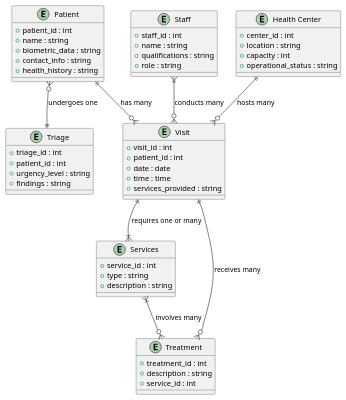
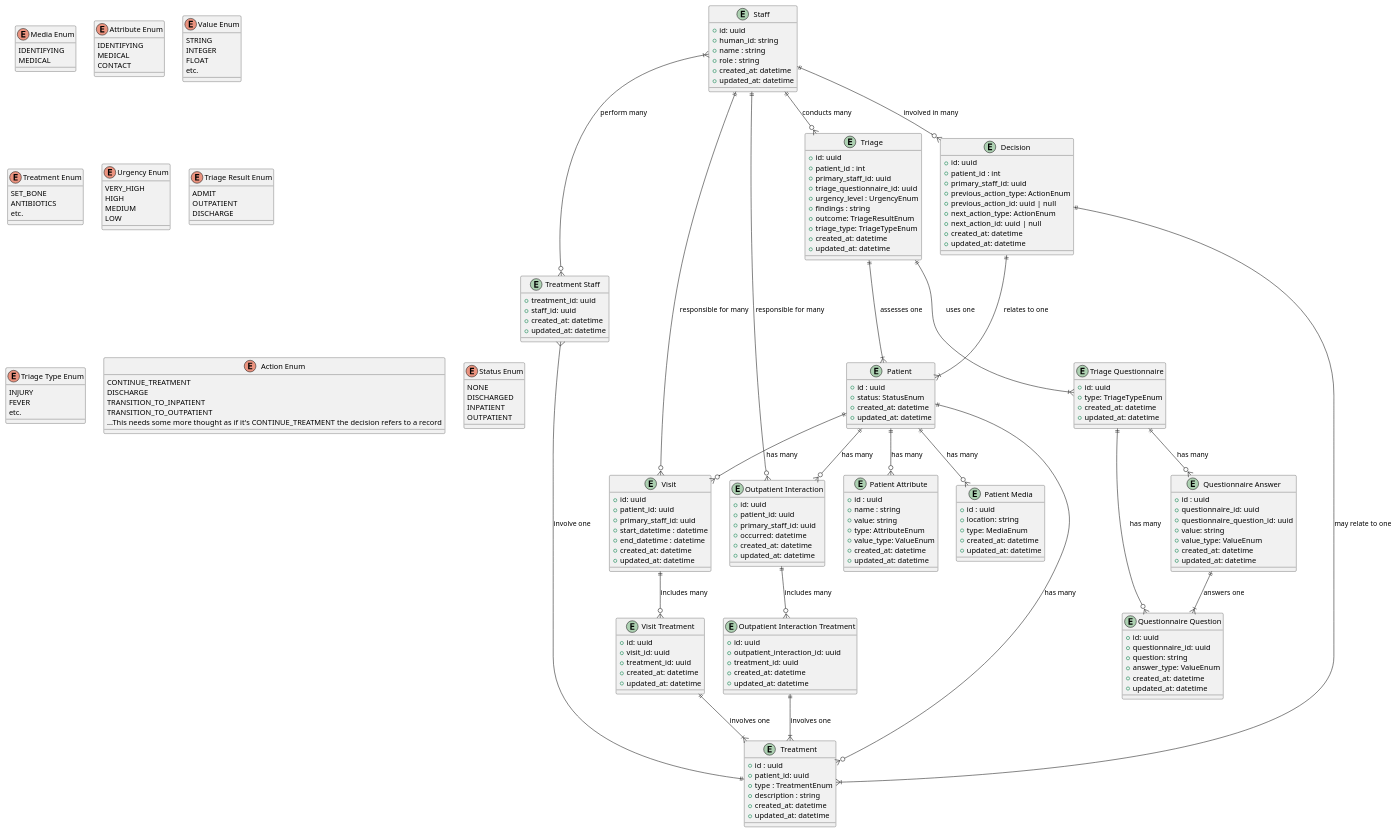
Before and after one commit to jcbashdown/case-study: the diagram in puml/data-entities.puml, drawn with PlantUML. The commit also changed 1 other file, not shown here.

Commit message:
Reasonably nice ERD

```diff
--- a/puml/data-entities.puml
+++ b/puml/data-entities.puml
@@ -1,59 +1,203 @@
 @startuml
-entity "Patient" as Patient {
-    + patient_id : int
-    + name : string
-    + biometric_data : string
-    + contact_info : string
-    + health_history : string
+enum "Media Enum" as MediaEnum {
+  IDENTIFYING
+  MEDICAL
+}
+enum "Attribute Enum" as AttributeEnum {
+  IDENTIFYING
+  MEDICAL
+  CONTACT 
+}
+enum "Value Enum" as ValueEnum {
+  STRING
+  INTEGER
+  FLOAT
+  etc.
+}
+enum "Treatment Enum" as TreatmentEnum {
+  SET_BONE
+  ANTIBIOTICS
+  etc.
+}
+enum "Urgency Enum" as UrgencyEnum {
+  VERY_HIGH
+  HIGH
+  MEDIUM
+  LOW
+}
+enum "Triage Result Enum" as TriageResultEnum {
+  ADMIT
+  OUTPATIENT
+  DISCHARGE
+}
+enum "Triage Type Enum" as TriageTypeEnum {
+  INJURY
+  FEVER
+  etc.
+}
+enum "Action Enum" as ActionEnum {
+  CONTINUE_TREATMENT
+  DISCHARGE
+  TRANSITION_TO_INPATIENT 
+  TRANSITION_TO_OUTPATIENT
+  ...This needs some more thought as if it's CONTINUE_TREATMENT the decision refers to a record
+}
+enum "Status Enum" as StatusEnum {
+  NONE
+  DISCHARGED
+  INPATIENT
+  OUTPATIENT
 }
 
-entity "Services" as Services {
-    + service_id : int
-    + type : string
+entity "Patient" as Patient {
+    + id : uuid
+    + status: StatusEnum
+    + created_at: datetime 
+    + updated_at: datetime 
+}
+entity "Patient Attribute" as PatientAttribute {
+    + id : uuid
+    + name : string
+    + value: string
+    + type: AttributeEnum 
+    + value_type: ValueEnum 
+    + created_at: datetime 
+    + updated_at: datetime 
+}
+entity "Patient Media" as PatientMedia {
+    + id : uuid
+    + location: string
+    + type: MediaEnum
+    + created_at: datetime 
+    + updated_at: datetime 
+}
+
+entity "Treatment" as Treatment{
+    + id : uuid 
+    + patient_id: uuid 
+    + type : TreatmentEnum 
     + description : string
+    + created_at: datetime 
+    + updated_at: datetime 
+}
+entity "Treatment Staff" as TreatmentStaff {
+    + treatment_id: uuid 
+    + staff_id: uuid 
+    + created_at: datetime 
+    + updated_at: datetime 
 }
 
 entity "Staff" as Staff {
-    + staff_id : int
+    + id: uuid
+    + human_id: string 
     + name : string
-    + qualifications : string
     + role : string
-}
-
-entity "Health Center" as HealthCenter {
-    + center_id : int
-    + location : string
-    + capacity : int
-    + operational_status : string
+    + created_at: datetime 
+    + updated_at: datetime 
 }
 
 entity "Visit" as Visit {
-    + visit_id : int
+    + id: uuid
+    + patient_id: uuid
+    + primary_staff_id: uuid 
+    + start_datetime : datetime
+    + end_datetime : datetime
+    + created_at: datetime 
+    + updated_at: datetime 
+}
+entity "Visit Treatment" as VisitTreatment {
+    + id: uuid
+    + visit_id: uuid
+    + treatment_id: uuid
+    + created_at: datetime 
+    + updated_at: datetime 
+}
+entity "Outpatient Interaction" as OutpatientInteraction {
+    + id: uuid
+    + patient_id: uuid
+    + primary_staff_id: uuid 
+    + occurred: datetime
+    + created_at: datetime 
+    + updated_at: datetime 
+}
+entity "Outpatient Interaction Treatment" as OutpatientInteractionTreatment {
+    + id: uuid
+    + outpatient_interaction_id: uuid
+    + treatment_id: uuid
+    + created_at: datetime 
+    + updated_at: datetime 
+}
+entity "Triage" as Triage {
+    + id: uuid 
     + patient_id : int
-    + date : date
-    + time : time
-    + services_provided : string
+    + primary_staff_id: uuid 
+    + triage_questionnaire_id: uuid 
+    + urgency_level : UrgencyEnum 
+    + findings : string
+    + outcome: TriageResultEnum 
+    + triage_type: TriageTypeEnum 
+    + created_at: datetime 
+    + updated_at: datetime 
+}
+entity "Triage Questionnaire" as TriageQuestionnaire {
+    + id: uuid 
+    + type: TriageTypeEnum 
+    + created_at: datetime 
+    + updated_at: datetime 
+}
+entity "Questionnaire Question" as QuestionnaireQuestion {
+    + id: uuid 
+    + questionnaire_id: uuid 
+    + question: string 
+    + answer_type: ValueEnum
+    + created_at: datetime 
+    + updated_at: datetime 
+}
+entity "Questionnaire Answer" as QuestionnaireAnswer {
+    + id : uuid
+    + questionnaire_id: uuid
+    + questionnaire_question_id: uuid
+    + value: string
+    + value_type: ValueEnum 
+    + created_at: datetime 
+    + updated_at: datetime 
+}
+entity "Decision" as Decision {
+    + id: uuid 
+    + patient_id : int
+    + primary_staff_id: uuid 
+    + previous_action_type: ActionEnum
+    + previous_action_id: uuid | null
+    + next_action_type: ActionEnum
+    + next_action_id: uuid | null
+    + created_at: datetime 
+    + updated_at: datetime 
 }
 
-entity "Treatment" as Treatment {
-    + treatment_id : int
-    + description : string
-    + service_id : int
-}
+Patient ||--o{ PatientAttribute : "has many"
+Patient ||--o{ PatientMedia : "has many"
+Patient ||--o{ Treatment : "has many"
+Patient ||--o{ Visit : "has many"
+Patient ||--o{ OutpatientInteraction : "has many"
+Decision ||--|{ Patient: "relates to one"
+Decision ||--|{ Treatment: "may relate to one"
 
-entity "Triage" as Triage {
-    + triage_id : int
-    + patient_id : int
-    + urgency_level : string
-    + findings : string
-}
+Staff }|--o{ TreatmentStaff : "perform many"
+TreatmentStaff }--|| Treatment : "involve one"
+Staff ||--o{ Visit : "responsible for many"
+Staff ||--o{ OutpatientInteraction : "responsible for many"
+Staff ||--o{ Triage : "conducts many"
+Staff ||--o{ Decision : "involved in many"
 
-Patient ||--o{ Visit : "has many"
-Visit ||--|{ Services : "requires one or many"
-Staff }|--o{ Visit : "conducts many"
-Visit ||--o{ Treatment : "receives many"
-Patient }o--|| Triage : "undergoes one"
-Services }|--o{ Treatment : "involves many"
-HealthCenter ||--o{ Visit : "hosts many"
+
+Visit ||--o{ VisitTreatment : "includes many"
+VisitTreatment ||--|{ Treatment : "involves one"
+OutpatientInteraction ||--o{ OutpatientInteractionTreatment : "includes many"
+OutpatientInteractionTreatment ||--|{ Treatment : "involves one"
+Triage ||--|{ Patient : "assesses one"
+Triage ||--|{ TriageQuestionnaire: "uses one"
+TriageQuestionnaire ||--o{ QuestionnaireQuestion : "has many"
+TriageQuestionnaire ||--o{ QuestionnaireAnswer: "has many"
+QuestionnaireAnswer ||--|{ QuestionnaireQuestion : "answers one"
 
 @enduml
```
